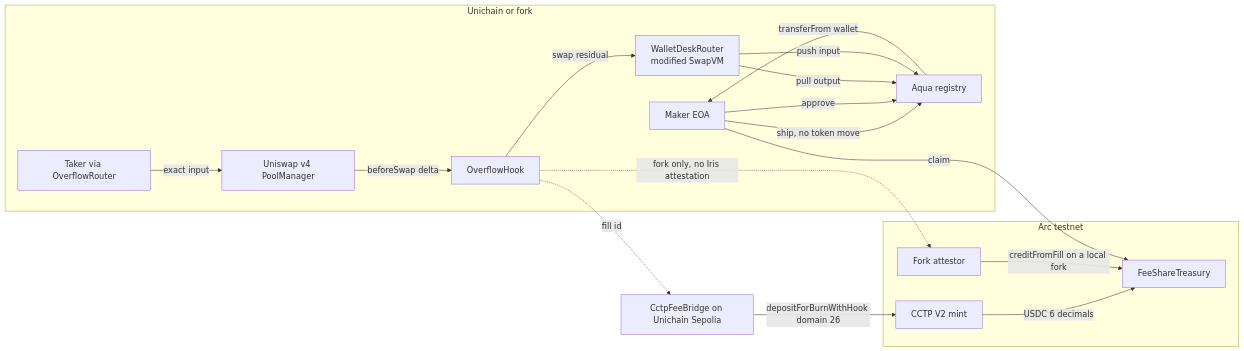
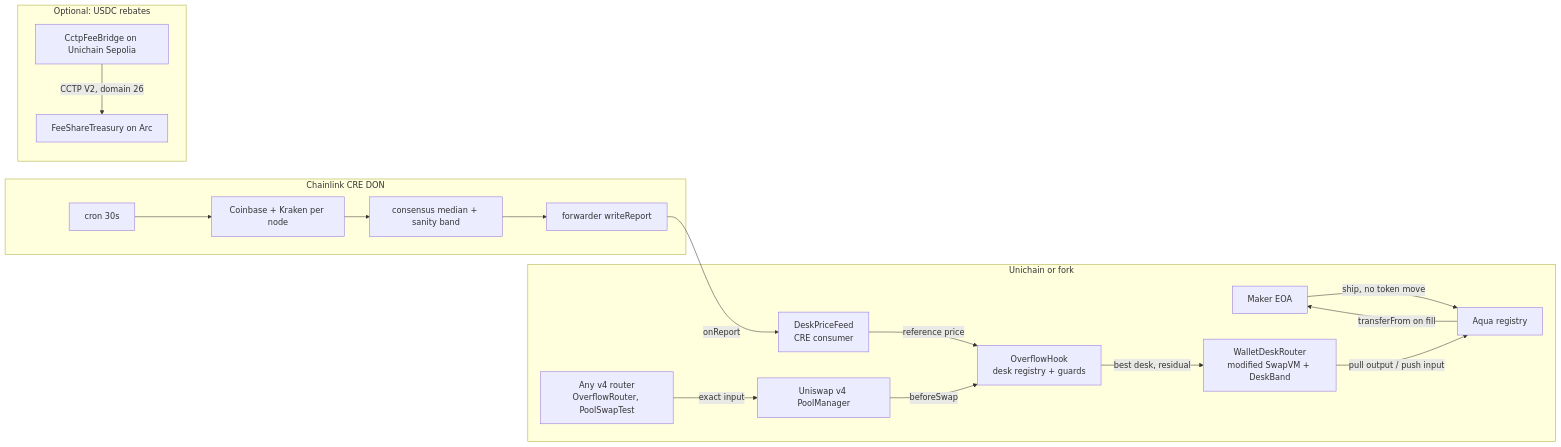
One commit to PrabalParihar/walletdesk changed the diagram in docs/architecture.md. Above: the diagram before and after it, drawn with Mermaid. The commit also changed other lines of this file and 8 other files, not shown here.

First line of the commit message:
docs: README, submission plan, AI disclosure and diagram for v2

````diff
--- a/docs/architecture.md
+++ b/docs/architecture.md
@@ -7,32 +8,31 @@
 ```mermaid
 flowchart LR
   subgraph uni [Unichain or fork]
     Maker[Maker EOA]
     Aqua[Aqua registry]
-    Router[WalletDeskRouter<br/>modified SwapVM]
-    Hook[OverflowHook]
+    Router[WalletDeskRouter<br/>modified SwapVM + DeskBand]
+    Hook[OverflowHook<br/>desk registry + guards]
     PM[Uniswap v4 PoolManager]
-    Taker[Taker via OverflowRouter]
+    Taker[Any v4 router<br/>OverflowRouter, PoolSwapTest]
+    Feed[DeskPriceFeed<br/>CRE consumer]
     Maker -->|ship, no token move| Aqua
-    Maker -->|approve| Aqua
     Taker -->|exact input| PM
-    PM -->|beforeSwap delta| Hook
-    Hook -->|swap residual| Router
-    Router -->|pull output| Aqua
-    Router -->|push input| Aqua
-    Aqua -->|transferFrom wallet| Maker
+    PM -->|beforeSwap| Hook
+    Feed -->|reference price| Hook
+    Hook -->|best desk, residual| Router
+    Router -->|pull output / push input| Aqua
+    Aqua -->|transferFrom on fill| Maker
   end
 
-  subgraph arc [Arc testnet]
-    Treasury[FeeShareTreasury]
-    CCTP[CCTP V2 mint]
-    Attestor[Fork attestor]
-    CCTP -->|USDC 6 decimals| Treasury
-    Attestor -->|creditFromFill on a local fork| Treasury
-    Maker -->|claim| Treasury
+  subgraph cre [Chainlink CRE DON]
+    Cron[cron 30s] --> Http[Coinbase + Kraken per node]
+    Http --> Cons[consensus median + sanity band]
+    Cons --> Fwd[forwarder writeReport]
   end
+  Fwd -->|onReport| Feed
 
-  Hook -.->|fill id| Bridge[CctpFeeBridge on Unichain Sepolia]
-  Bridge -->|depositForBurnWithHook domain 26| CCTP
-  Hook -.->|fork only, no Iris attestation| Attestor
+  subgraph arc [Optional: USDC rebates]
+    Treasury[FeeShareTreasury on Arc]
+    Bridge[CctpFeeBridge on Unichain Sepolia] -->|CCTP V2, domain 26| Treasury
+  end
 ```
````
